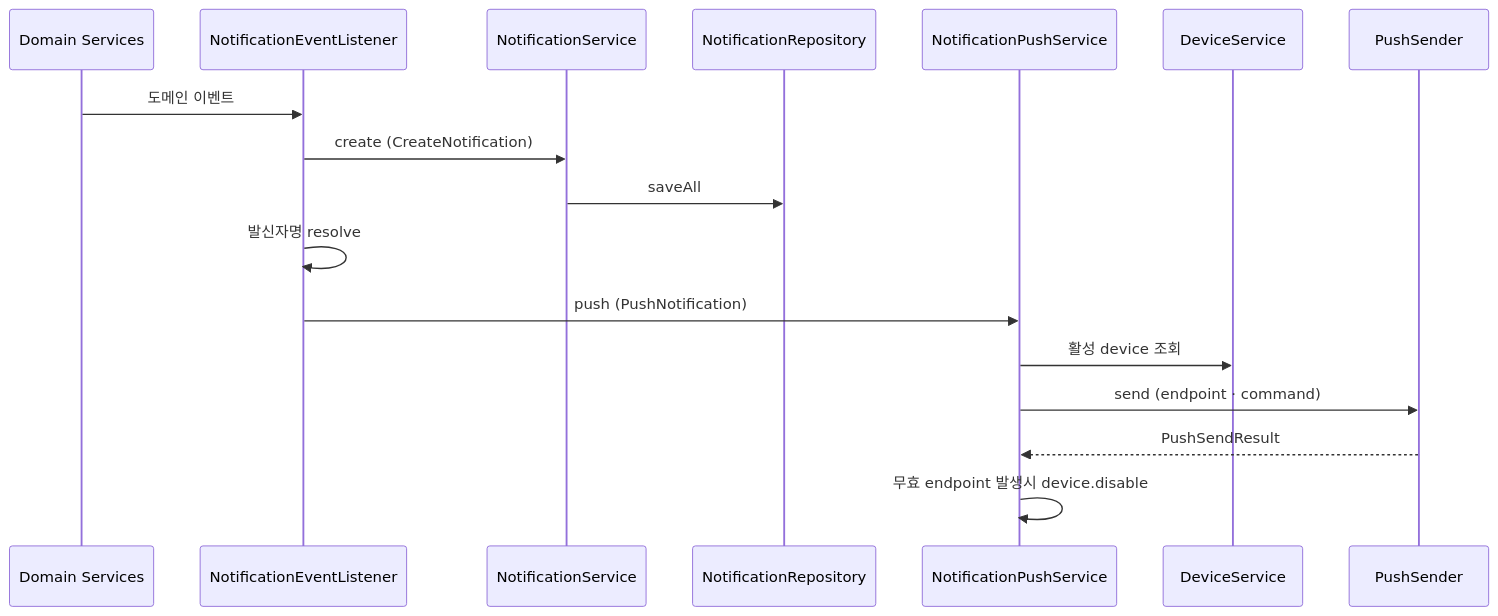
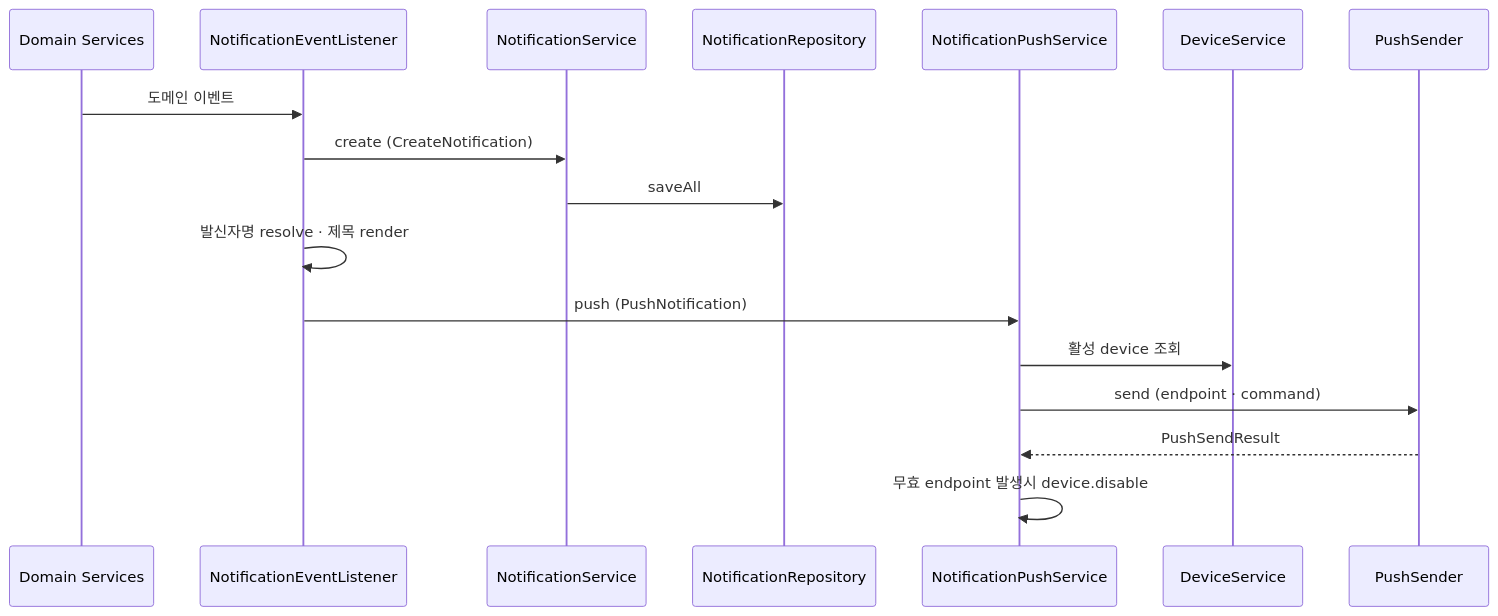
Before and after one commit to mortonCareer/bconnect: the first of 2 diagrams in apps/api/docs/notification-architecture.md, drawn with Mermaid. The commit also changed other lines of this file and 3 other files, not shown here.

````diff
--- a/apps/api/docs/notification-architecture.md
+++ b/apps/api/docs/notification-architecture.md
@@ -7,20 +7,20 @@
 ```mermaid
 sequenceDiagram
     participant Pub as Domain Services
     participant Listener as NotificationEventListener
     participant Svc as NotificationService
     participant Repo as NotificationRepository
     participant Push as NotificationPushService
     participant Device as DeviceService
     participant Sender as PushSender
 
     Pub->>Listener: 도메인 이벤트
     Listener->>Svc: create (CreateNotification)
     Svc->>Repo: saveAll
-    Listener->>Listener: 발신자명 resolve
+    Listener->>Listener: 발신자명 resolve · 제목 render
     Listener->>Push: push (PushNotification)
     Push->>Device: 활성 device 조회
     Push->>Sender: send (endpoint · command)
     Sender-->>Push: PushSendResult
     Push->>Push: 무효 endpoint 발생시 device.disable
 ```
````
